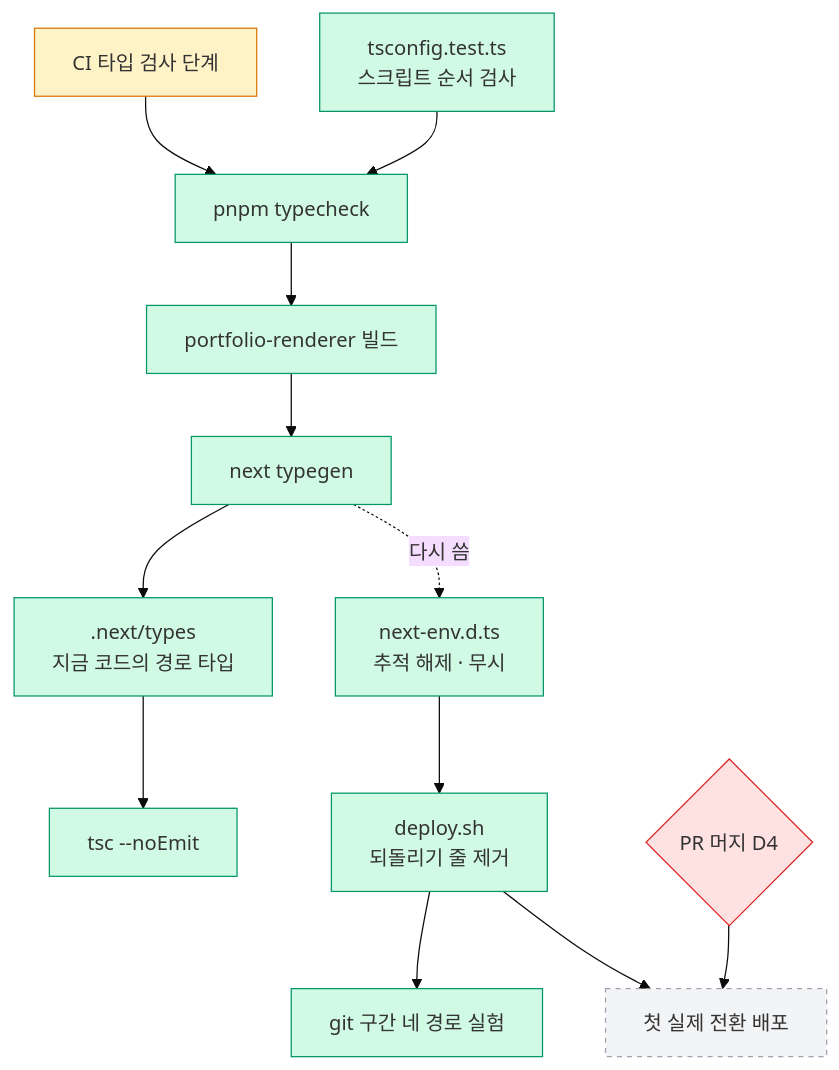
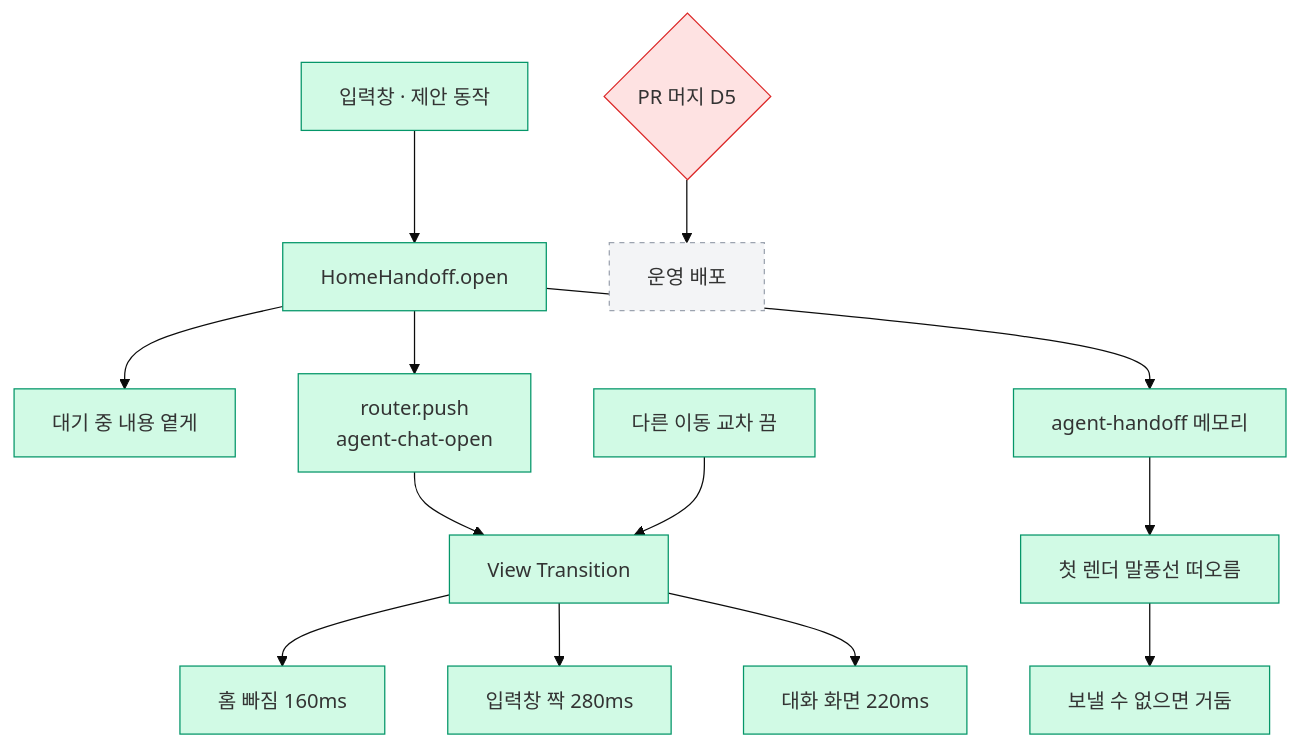
One commit to Expresso-Organization/expresso changed the diagram in .sitrep/sessions/20261115-1330-agent-home/arch.mmd. Above: the diagram before and after it, drawn with Mermaid (base theme). The commit also changed 15 other files, not shown here.

```diff
--- a/.sitrep/sessions/20261115-1330-agent-home/arch.mmd
+++ b/.sitrep/sessions/20261115-1330-agent-home/arch.mmd
@@ -1,20 +1,20 @@
 flowchart TD
-  TC[pnpm typecheck] --> REN[portfolio-renderer 빌드]
-  REN --> GEN[next typegen]
-  GEN --> TYPES[.next/types<br/>지금 코드의 경로 타입]
-  GEN -.다시 씀.-> ENV[next-env.d.ts<br/>추적 해제 · 무시]
-  TYPES --> TSC[tsc --noEmit]
-  CI[CI 타입 검사 단계] --> TC
-  GUARD[tsconfig.test.ts<br/>스크립트 순서 검사] --> TC
-  ENV --> DEPLOY[deploy.sh<br/>되돌리기 줄 제거]
-  DEPLOY --> GIT[git 구간 네 경로 실험]
-  PR{PR 머지 D4} --> FIRST[첫 실제 전환 배포]
-  DEPLOY --> FIRST
+  SEND[입력창 · 제안 동작] --> OPEN[HomeHandoff.open]
+  OPEN --> PEND[대기 중 내용 옅게]
+  OPEN --> NAV[router.push<br/>agent-chat-open]
+  NAV --> VT[View Transition]
+  VT --> LEAVE[홈 빠짐 160ms]
+  VT --> MORPH[입력창 짝 280ms]
+  VT --> ARRIVE[대화 화면 220ms]
+  OPEN --> MEM[agent-handoff 메모리]
+  MEM --> BUBBLE[첫 렌더 말풍선 떠오름]
+  BUBBLE --> HOLD[보낼 수 없으면 거둠]
+  ROOT[다른 이동 교차 끔] --> VT
+  PR{PR 머지 D5} --> DEPLOY[운영 배포]
   classDef done fill:#d1fae5,stroke:#059669
   classDef doing fill:#fef3c7,stroke:#d97706
   classDef decide fill:#fee2e2,stroke:#dc2626
   classDef todo fill:#f3f4f6,stroke:#9ca3af,stroke-dasharray:4
-  class TC,REN,GEN,TYPES,ENV,TSC,GUARD,DEPLOY,GIT done
-  class CI doing
+  class SEND,OPEN,PEND,NAV,VT,LEAVE,MORPH,ARRIVE,MEM,BUBBLE,HOLD,ROOT done
   class PR decide
-  class FIRST todo
+  class DEPLOY todo
```
